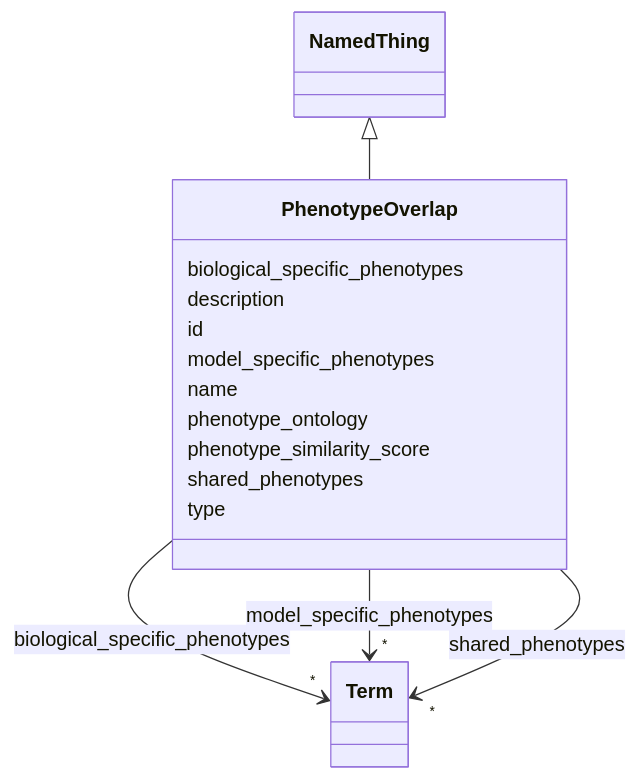
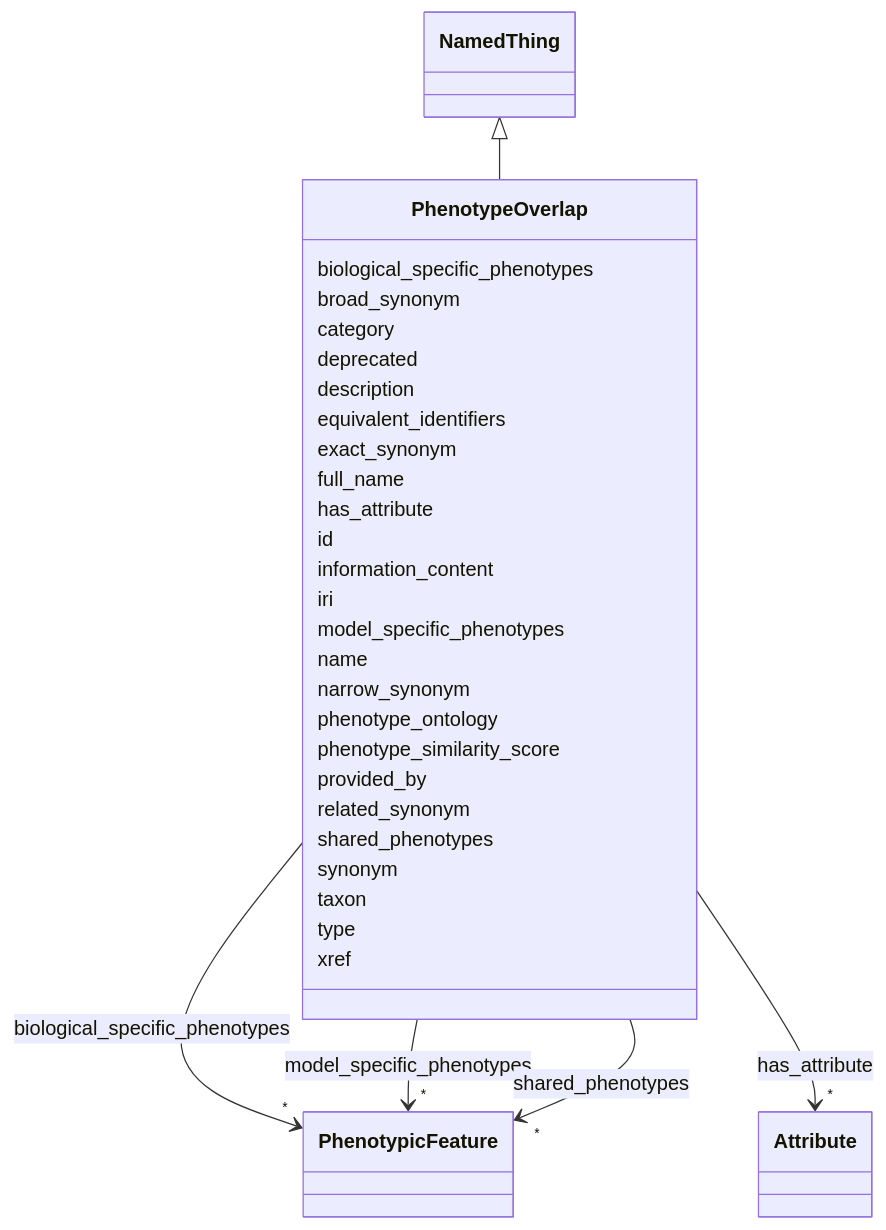
Before and after one commit to monarch-initiative/namo: the diagram in docs/elements/PhenotypeOverlap.md, drawn with Mermaid. The commit also changed other lines of this file and 1232 other files, not shown here.

````diff
--- a/docs/elements/PhenotypeOverlap.md
+++ b/docs/elements/PhenotypeOverlap.md
@@ -28,14 +33,41 @@
     
         
         
-        PhenotypeOverlap --> "*" Term : biological_specific_phenotypes
-        click Term href "../Term/"
+        PhenotypeOverlap --> "*" PhenotypicFeature : biological_specific_phenotypes
+        click PhenotypicFeature href "../PhenotypicFeature/"
     
 
         
+      PhenotypeOverlap : broad_synonym
+        
+      PhenotypeOverlap : category
+        
+      PhenotypeOverlap : deprecated
+        
       PhenotypeOverlap : description
         
+      PhenotypeOverlap : equivalent_identifiers
+        
+      PhenotypeOverlap : exact_synonym
+        
+      PhenotypeOverlap : full_name
+        
+      PhenotypeOverlap : has_attribute
+        
+          
+    
+        
+        
+        PhenotypeOverlap --> "*" Attribute : has_attribute
+        click Attribute href "../Attribute/"
+    
+
+        
       PhenotypeOverlap : id
+        
+      PhenotypeOverlap : information_content
+        
+      PhenotypeOverlap : iri
         
       PhenotypeOverlap : model_specific_phenotypes
         
@@ -43,16 +75,22 @@
     
         
         
-        PhenotypeOverlap --> "*" Term : model_specific_phenotypes
-        click Term href "../Term/"
+        PhenotypeOverlap --> "*" PhenotypicFeature : model_specific_phenotypes
+        click PhenotypicFeature href "../PhenotypicFeature/"
     
 
         
       PhenotypeOverlap : name
         
+      PhenotypeOverlap : narrow_synonym
+        
       PhenotypeOverlap : phenotype_ontology
         
       PhenotypeOverlap : phenotype_similarity_score
+        
+      PhenotypeOverlap : provided_by
+        
+      PhenotypeOverlap : related_synonym
         
       PhenotypeOverlap : shared_phenotypes
         
@@ -60,12 +98,18 @@
     
         
         
-        PhenotypeOverlap --> "*" Term : shared_phenotypes
-        click Term href "../Term/"
+        PhenotypeOverlap --> "*" PhenotypicFeature : shared_phenotypes
+        click PhenotypicFeature href "../PhenotypicFeature/"
     
 
         
+      PhenotypeOverlap : synonym
+        
+      PhenotypeOverlap : taxon
+        
       PhenotypeOverlap : type
+        
+      PhenotypeOverlap : xref
         
       
 ```
````
